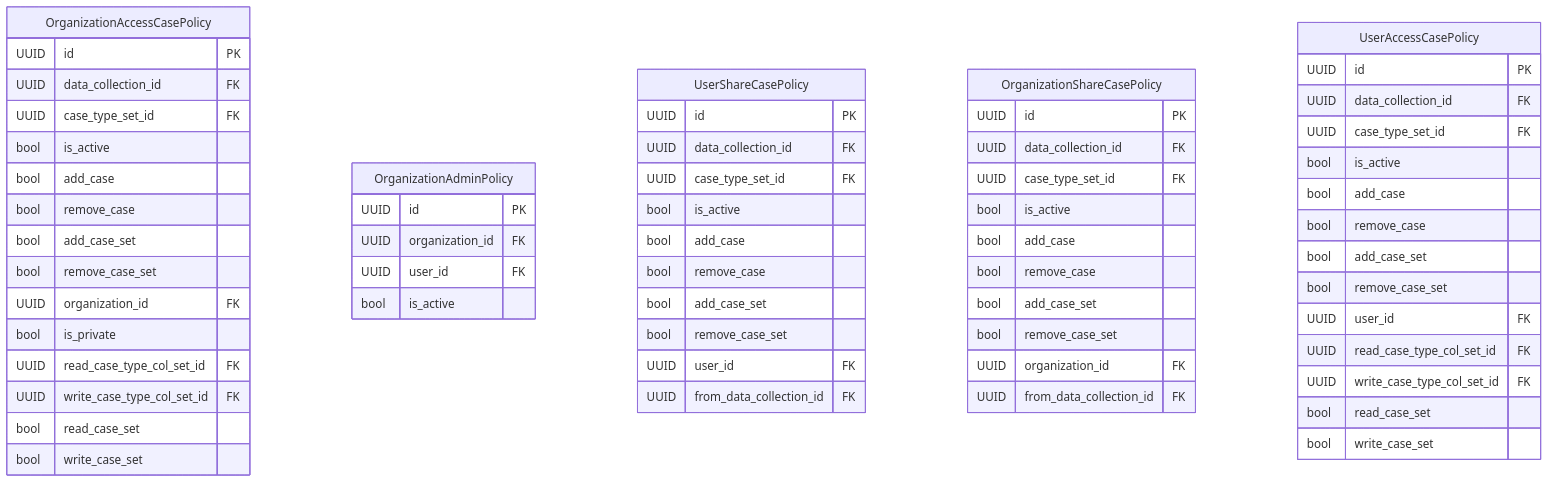
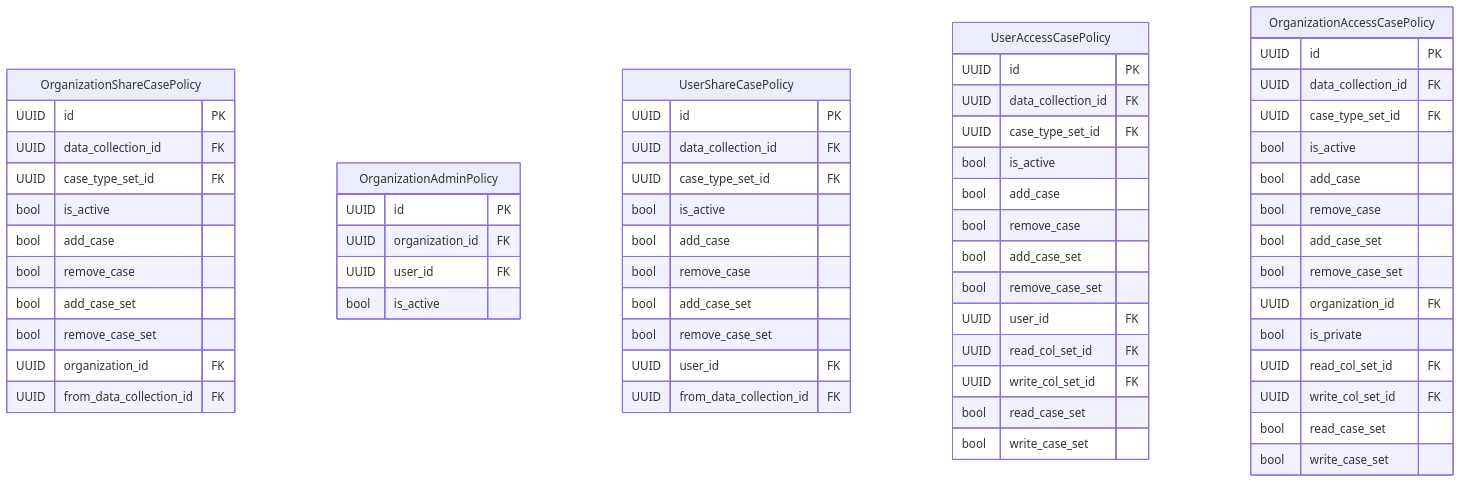
One commit to RIVM-bioinformatics/gen-epix-api changed the diagram in docs/erm/casedb.abac.detailed.md. Above: the diagram before and after it, drawn with Mermaid. The commit also changed 161 other files, not shown here.

Commit message:
feat!: casedb renamed CaseTypeDim to Dim and CaseTypeCol to Col docs: made casedb documentation more consistent using class names instead of derived strings

````diff
--- a/docs/erm/casedb.abac.detailed.md
+++ b/docs/erm/casedb.abac.detailed.md
@@ -5,72 +5,72 @@
 ```mermaid
 erDiagram
     %% casedb / ABAC (detailed)
 
     %% Entity definitions
-    OrganizationAccessCasePolicy {
+    OrganizationShareCasePolicy {
         UUID id PK
         UUID data_collection_id FK
         UUID case_type_set_id FK
         bool is_active
         bool add_case
         bool remove_case
         bool add_case_set
         bool remove_case_set
         UUID organization_id FK
-        bool is_private
-        UUID read_case_type_col_set_id FK
-        UUID write_case_type_col_set_id FK
-        bool read_case_set
-        bool write_case_set
+        UUID from_data_collection_id FK
     }
 
     OrganizationAdminPolicy {
         UUID id PK
         UUID organization_id FK
         UUID user_id FK
         bool is_active
     }
 
     UserShareCasePolicy {
         UUID id PK
         UUID data_collection_id FK
         UUID case_type_set_id FK
         bool is_active
         bool add_case
         bool remove_case
         bool add_case_set
         bool remove_case_set
         UUID user_id FK
         UUID from_data_collection_id FK
     }
 
-    OrganizationShareCasePolicy {
-        UUID id PK
-        UUID data_collection_id FK
-        UUID case_type_set_id FK
-        bool is_active
-        bool add_case
-        bool remove_case
-        bool add_case_set
-        bool remove_case_set
-        UUID organization_id FK
-        UUID from_data_collection_id FK
-    }
-
     UserAccessCasePolicy {
         UUID id PK
         UUID data_collection_id FK
         UUID case_type_set_id FK
         bool is_active
         bool add_case
         bool remove_case
         bool add_case_set
         bool remove_case_set
         UUID user_id FK
-        UUID read_case_type_col_set_id FK
-        UUID write_case_type_col_set_id FK
+        UUID read_col_set_id FK
+        UUID write_col_set_id FK
+        bool read_case_set
+        bool write_case_set
+    }
+
+    OrganizationAccessCasePolicy {
+        UUID id PK
+        UUID data_collection_id FK
+        UUID case_type_set_id FK
+        bool is_active
+        bool add_case
+        bool remove_case
+        bool add_case_set
+        bool remove_case_set
+        UUID organization_id FK
+        bool is_private
+        UUID read_col_set_id FK
+        UUID write_col_set_id FK
         bool read_case_set
         bool write_case_set
     }
 
 ```
````
